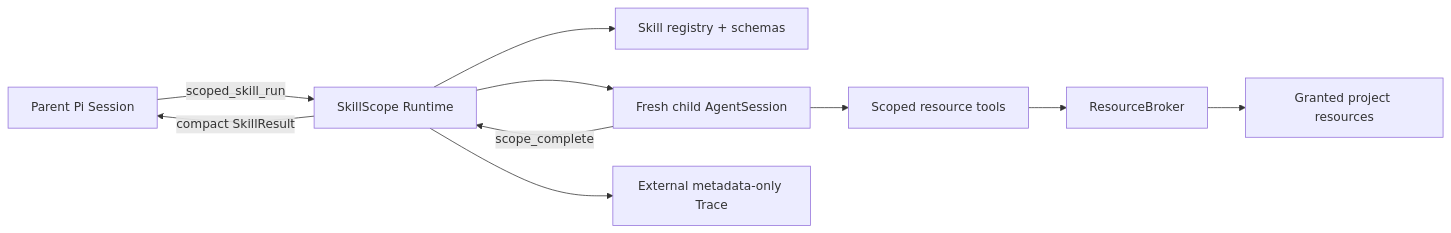
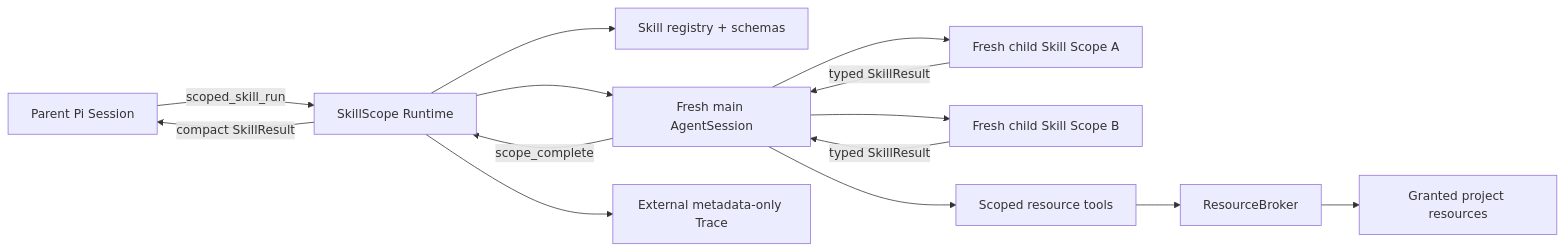
Before and after one commit to wangjinzhao131/SkillScope: the diagram in README.md, drawn with Mermaid. The commit also changed other lines of this file and 35 other files, not shown here.

Commit message:
feat: add nested SkillScope context experiment

````diff
--- a/README.md
+++ b/README.md
@@ -16,12 +17,16 @@
 ```mermaid
 flowchart LR
     P["Parent Pi Session"] -->|"scoped_skill_run"| R["SkillScope Runtime"]
     R --> S["Skill registry + schemas"]
-    R --> C["Fresh child AgentSession"]
+    R --> C["Fresh main AgentSession"]
+    C --> N1["Fresh child Skill Scope A"]
+    C --> N2["Fresh child Skill Scope B"]
+    N1 -->|"typed SkillResult"| C
+    N2 -->|"typed SkillResult"| C
     C --> G["Scoped resource tools"]
     G --> B["ResourceBroker"]
     B --> F["Granted project resources"]
     C -->|"scope_complete"| R
     R -->|"compact SkillResult"| P
     R --> T["External metadata-only Trace"]
 ```
````
